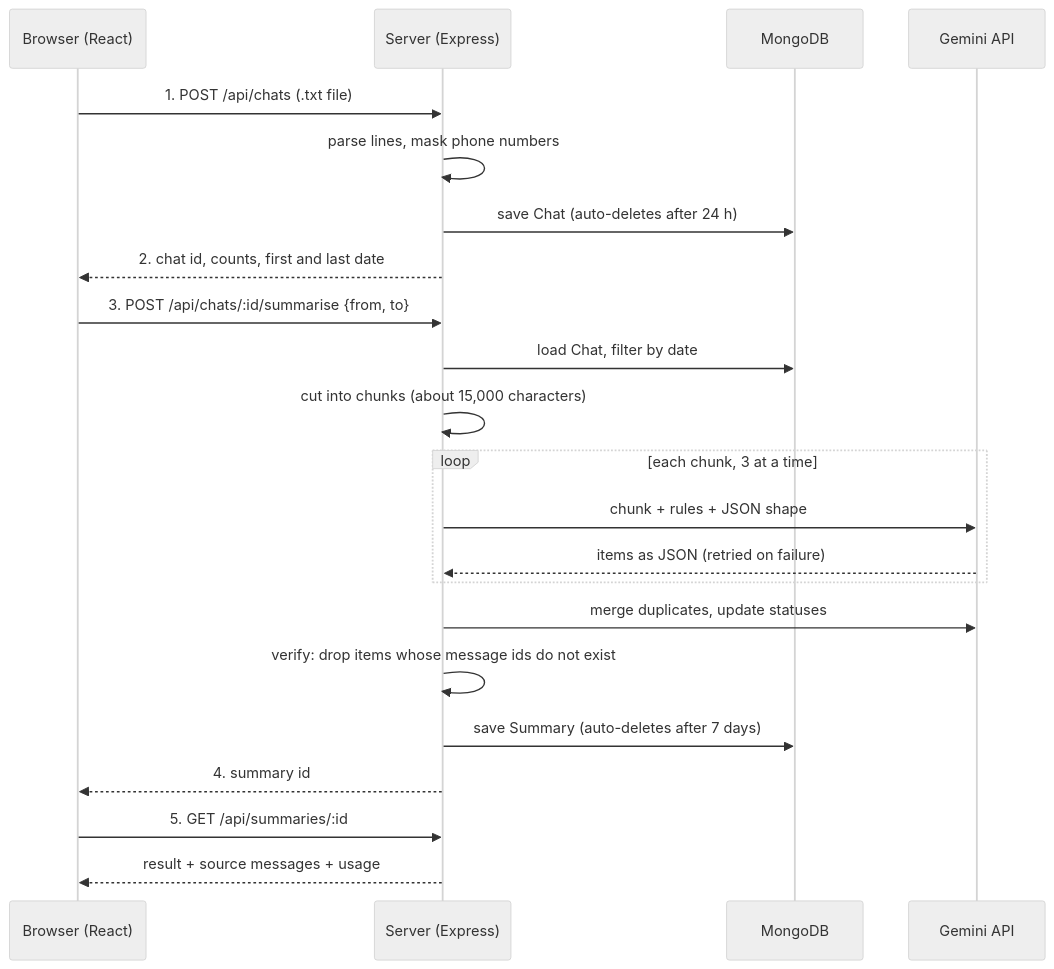
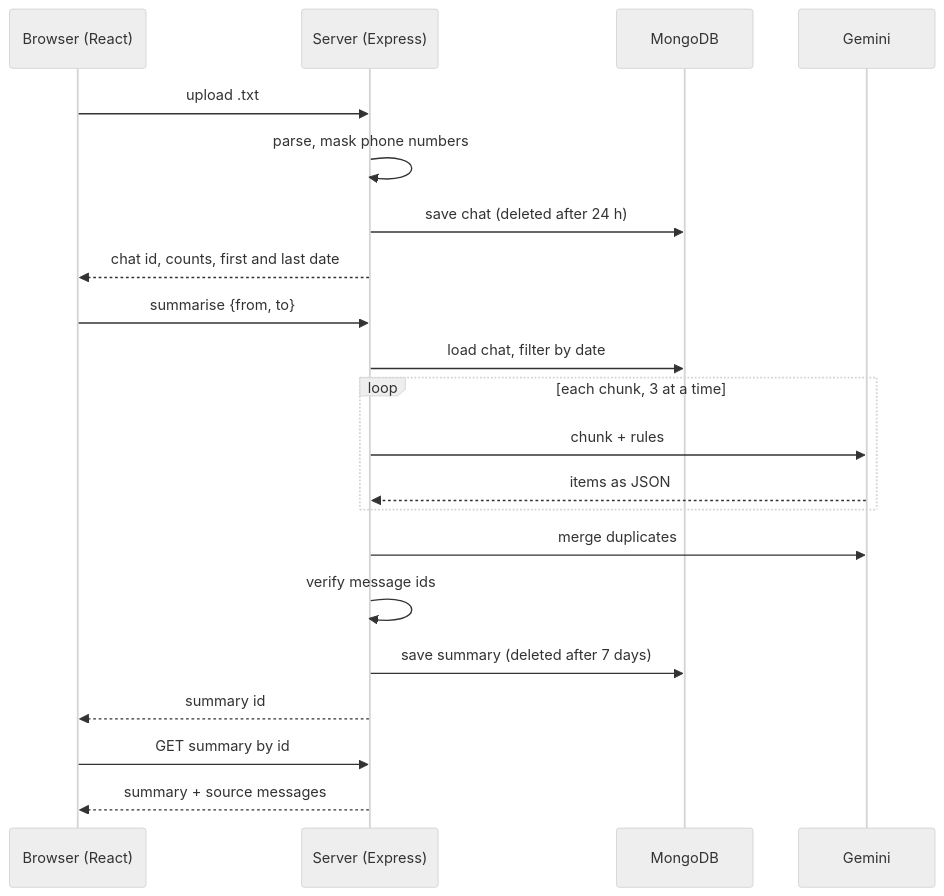
One commit to SanjayS1ngh/society-summariser changed the diagram in README.md. Above: the diagram before and after it, drawn with Mermaid (neutral theme). The commit also changed other lines of this file, not shown here.

````diff
--- a/README.md
+++ b/README.md
@@ -34,27 +16,24 @@
 ```mermaid
 sequenceDiagram
     participant B as Browser (React)
     participant S as Server (Express)
     participant M as MongoDB
-    participant G as Gemini API
+    participant G as Gemini
 
-    B->>S: 1. POST /api/chats (.txt file)
-    S->>S: parse lines, mask phone numbers
-    S->>M: save Chat (auto-deletes after 24 h)
-    S-->>B: 2. chat id, counts, first and last date
-
-    B->>S: 3. POST /api/chats/:id/summarise {from, to}
-    S->>M: load Chat, filter by date
-    S->>S: cut into chunks (about 15,000 characters)
+    B->>S: upload .txt
+    S->>S: parse, mask phone numbers
+    S->>M: save chat (deleted after 24 h)
+    S-->>B: chat id, counts, first and last date
+    B->>S: summarise {from, to}
+    S->>M: load chat, filter by date
     loop each chunk, 3 at a time
-        S->>G: chunk + rules + JSON shape
-        G-->>S: items as JSON (retried on failure)
+        S->>G: chunk + rules
+        G-->>S: items as JSON
     end
-    S->>G: merge duplicates, update statuses
-    S->>S: verify: drop items whose message ids do not exist
-    S->>M: save Summary (auto-deletes after 7 days)
-    S-->>B: 4. summary id
-
-    B->>S: 5. GET /api/summaries/:id
-    S-->>B: result + source messages + usage
+    S->>G: merge duplicates
+    S->>S: verify message ids
+    S->>M: save summary (deleted after 7 days)
+    S-->>B: summary id
+    B->>S: GET summary by id
+    S-->>B: summary + source messages
 ```
````
